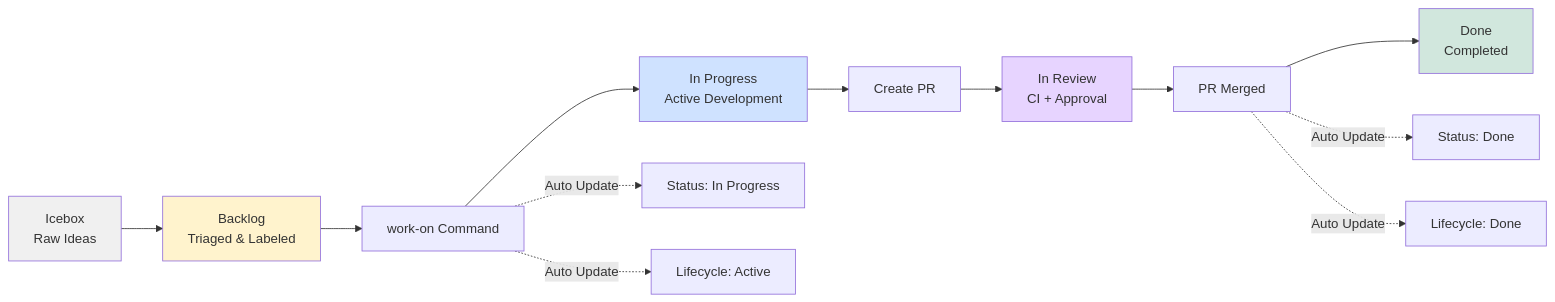
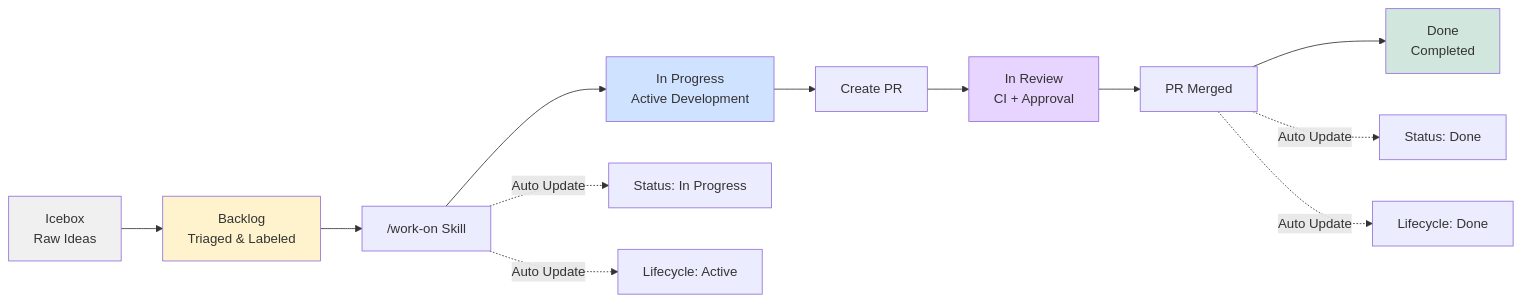
One commit to mikiwiik/instructions-only-claude-coding changed the fifth of 7 diagrams in docs/diagrams/development-workflow.md. Above: the diagram before and after it, drawn with Mermaid. The commit also changed other lines of this file and 4 other files, not shown here.

````diff
--- a/docs/diagrams/development-workflow.md
+++ b/docs/diagrams/development-workflow.md
@@ -210,21 +210,21 @@
 ```mermaid
 graph LR
     Icebox[Icebox<br/>Raw Ideas] --> Backlog[Backlog<br/>Triaged & Labeled]
-    Backlog --> WorkOn["work-on Command"]
+    Backlog --> WorkOn["/work-on Skill"]
     WorkOn --> InProgress[In Progress<br/>Active Development]
     InProgress --> PRCreate[Create PR]
     PRCreate --> Review[In Review<br/>CI + Approval]
     Review --> Merged[PR Merged]
     Merged --> Done[Done<br/>Completed]
 
     WorkOn -.->|Auto Update| StatusIP[Status: In Progress]
     WorkOn -.->|Auto Update| LifecycleActive[Lifecycle: Active]
     Merged -.->|Auto Update| StatusDone[Status: Done]
     Merged -.->|Auto Update| LifecycleDone[Lifecycle: Done]
 
     style Icebox fill:#f0f0f0
     style Backlog fill:#fff3cd
     style InProgress fill:#cfe2ff
     style Review fill:#e7d4ff
     style Done fill:#d1e7dd
 ```
````
